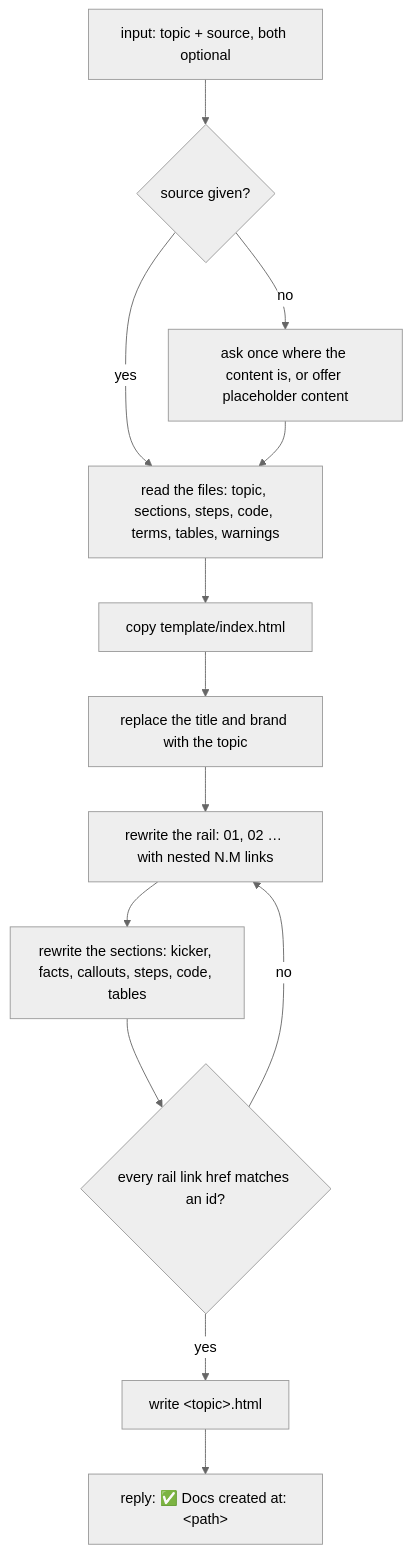
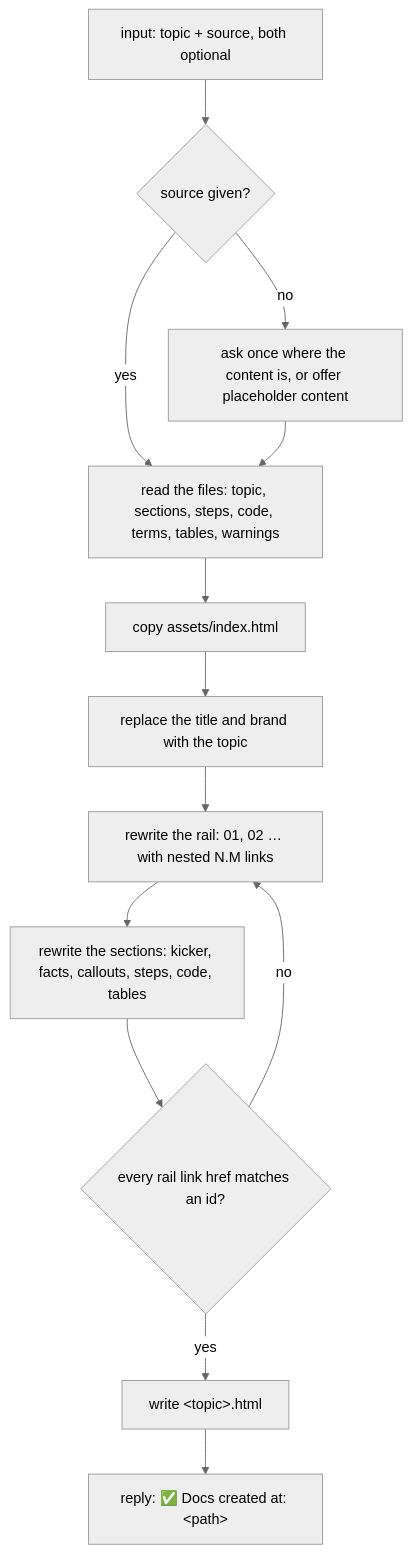
Before and after one commit to naphatwx/naphatwx-tools: the diagram in plugins/naphatwx-tools/skills/html-document/README.md, drawn with Mermaid (neutral theme). The commit also changed other lines of this file and 114 other files, not shown here.

````diff
--- a/plugins/naphatwx-tools/skills/html-document/README.md
+++ b/plugins/naphatwx-tools/skills/html-document/README.md
@@ -22,15 +22,15 @@
 ```mermaid
 graph TD
     IN["input: topic + source, both optional"] --> SRC{source given?}
     SRC -->|yes| READ[read the files: topic, sections, steps, code, terms, tables, warnings]
     SRC -->|no| ASK[ask once where the content is, or offer placeholder content]
     ASK --> READ
-    READ --> COPY[copy template/index.html]
+    READ --> COPY[copy assets/index.html]
     COPY --> FILL[replace the title and brand with the topic]
     FILL --> NAV["rewrite the rail: 01, 02 … with nested N.M links"]
     NAV --> ART["rewrite the sections: kicker, facts, callouts, steps, code, tables"]
     ART --> CHK{every rail link href matches an id?}
     CHK -->|no| NAV
     CHK -->|yes| OUT["write #lt;topic#gt;.html"]
     OUT --> MSG["reply: ✅ Docs created at: #lt;path#gt;"]
 ```
````
